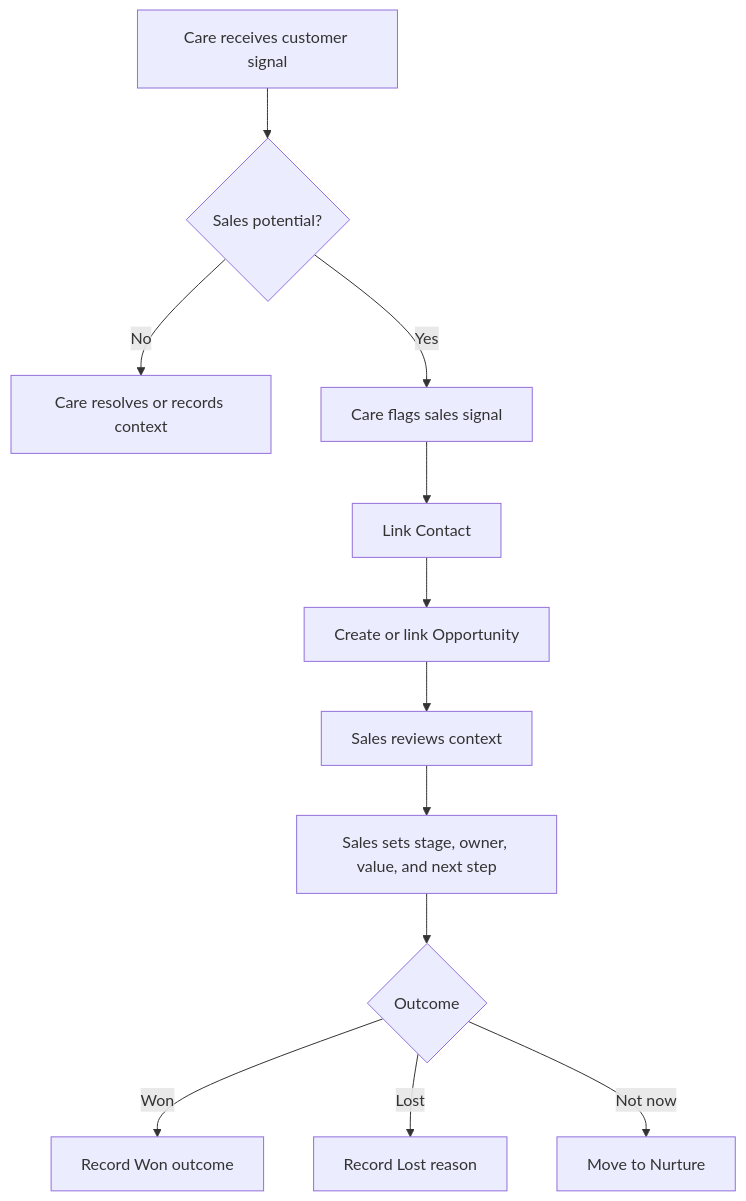
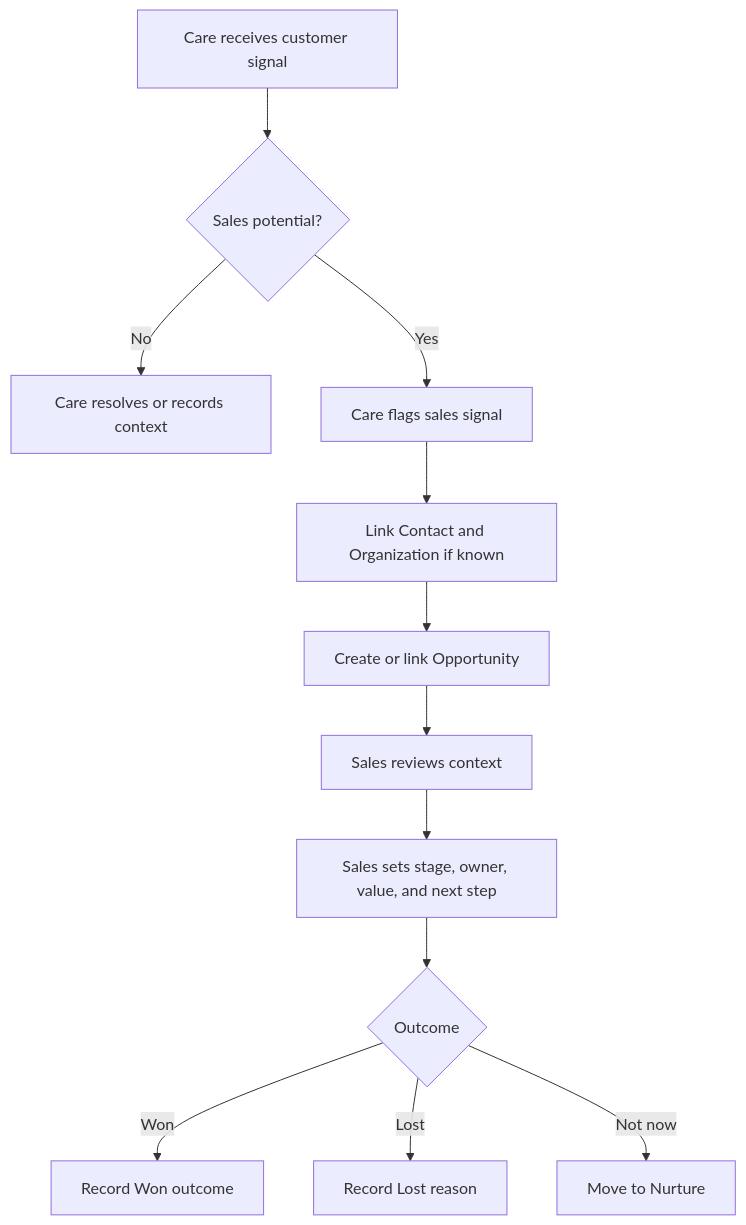
The second of 3 diagrams in care-sales-base.md (firman19/edu-airtable), drawn with Mermaid before and after one commit. The commit also changed other lines of this file and 2 other files, not shown here.

````diff
--- a/care-sales-base.md
+++ b/care-sales-base.md
@@ -229,17 +268,17 @@
 ```mermaid
 flowchart TD
     A[Care receives customer signal] --> B{Sales potential?}
 
     B -->|No| C[Care resolves or records context]
     B -->|Yes| D[Care flags sales signal]
 
-    D --> E[Link Contact]
+    D --> E[Link Contact and Organization if known]
     E --> F[Create or link Opportunity]
     F --> G[Sales reviews context]
     G --> H[Sales sets stage, owner, value, and next step]
     H --> I{Outcome}
 
     I -->|Won| J[Record Won outcome]
     I -->|Lost| K[Record Lost reason]
     I -->|Not now| L[Move to Nurture]
 ```
````
